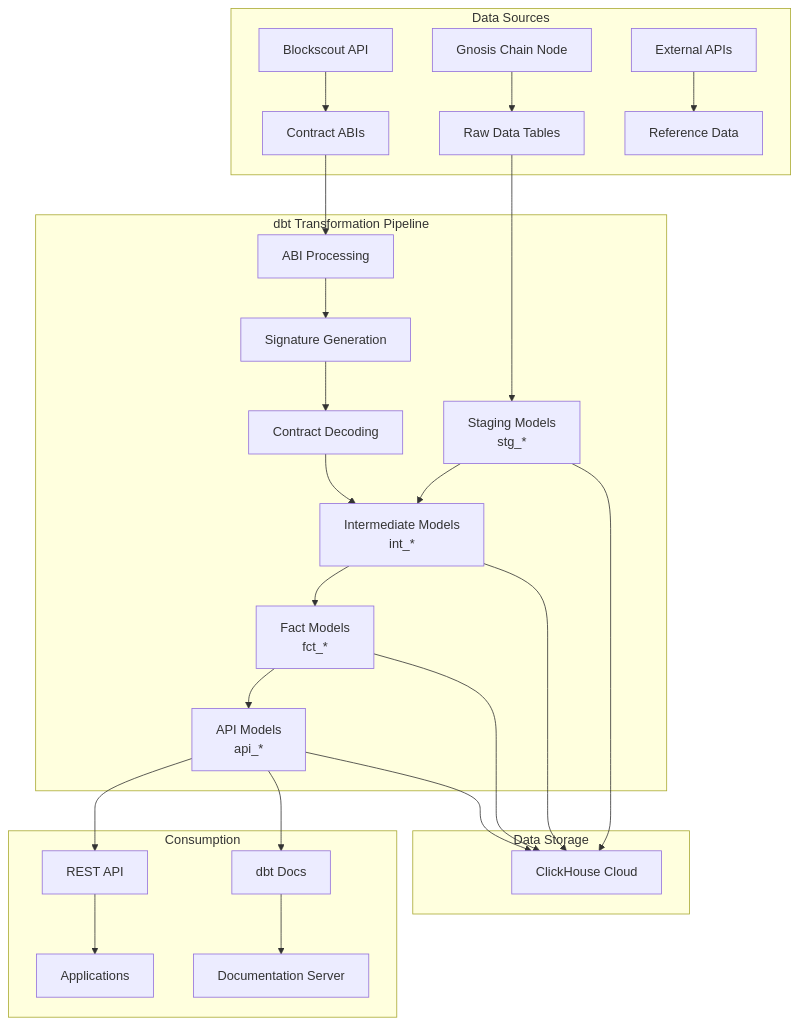
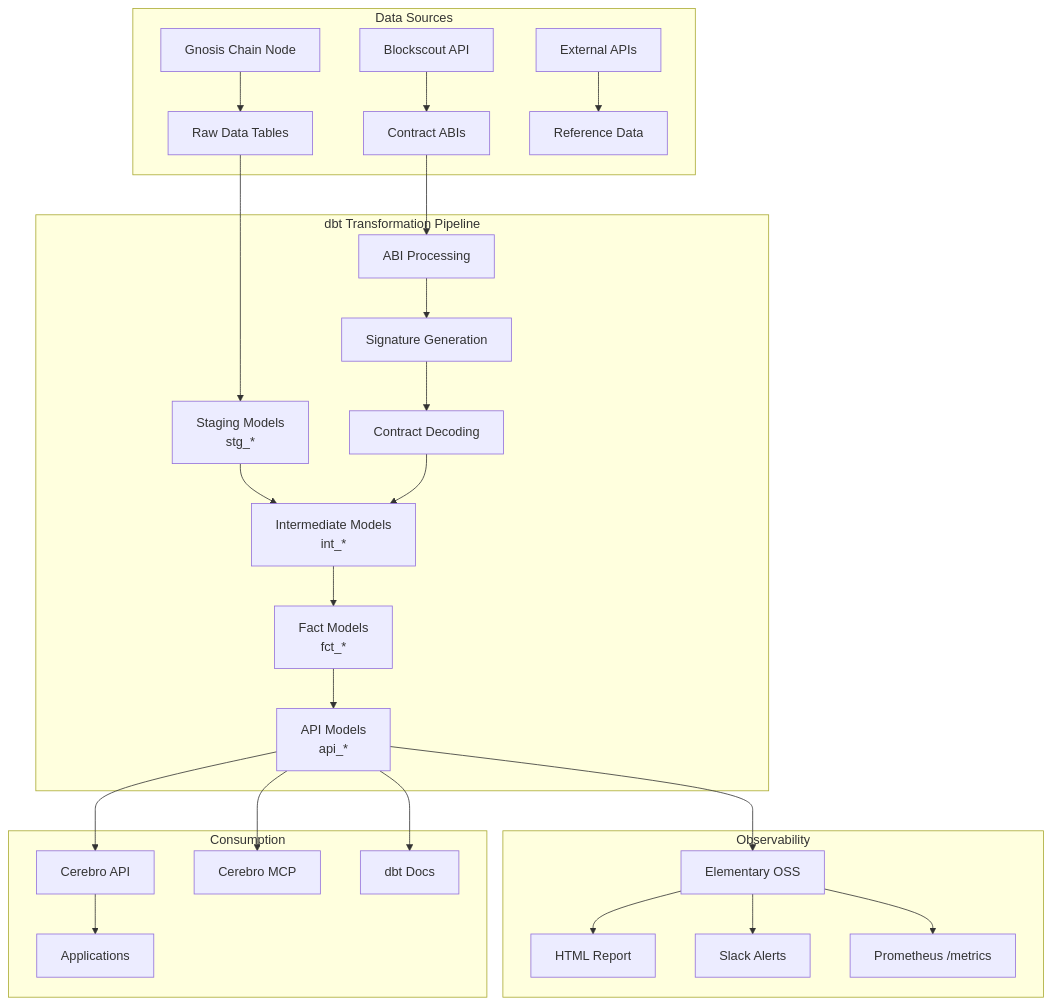
One commit to gnosischain/dbt-cerebro changed the first of 2 diagrams in README.md. Above: the diagram before and after it, drawn with Mermaid. The commit also changed other lines of this file and 73 other files, not shown here.

Commit message:
elementary test + observability

````diff
--- a/README.md
+++ b/README.md
@@ -33,35 +41,34 @@
 ```mermaid
 graph TD
     subgraph "Data Sources"
         A[Gnosis Chain Node] --> B[Raw Data Tables]
         C[Blockscout API] --> D[Contract ABIs]
         E[External APIs] --> F[Reference Data]
     end
-    
+
     subgraph "dbt Transformation Pipeline"
         B --> G[Staging Models<br/>stg_*]
         G --> H[Intermediate Models<br/>int_*]
         H --> I[Fact Models<br/>fct_*]
         I --> J[API Models<br/>api_*]
-        
+
         D --> K[ABI Processing]
         K --> L[Signature Generation]
         L --> M[Contract Decoding]
         M --> H
     end
-    
-    subgraph "Data Storage"
-        N[ClickHouse Cloud]
-        G --> N
-        H --> N
-        I --> N
-        J --> N
+
+    subgraph "Observability"
+        J --> OBS[Elementary OSS]
+        OBS --> REPORT[HTML Report]
+        OBS --> SLACK[Slack Alerts]
+        OBS --> METRICS[Prometheus /metrics]
     end
-    
+
     subgraph "Consumption"
-        J --> O[REST API]
+        J --> O[Cerebro API]
+        J --> MCP[Cerebro MCP]
         J --> P[dbt Docs]
         O --> Q[Applications]
-        P --> R[Documentation Server]
     end
 ```
````
